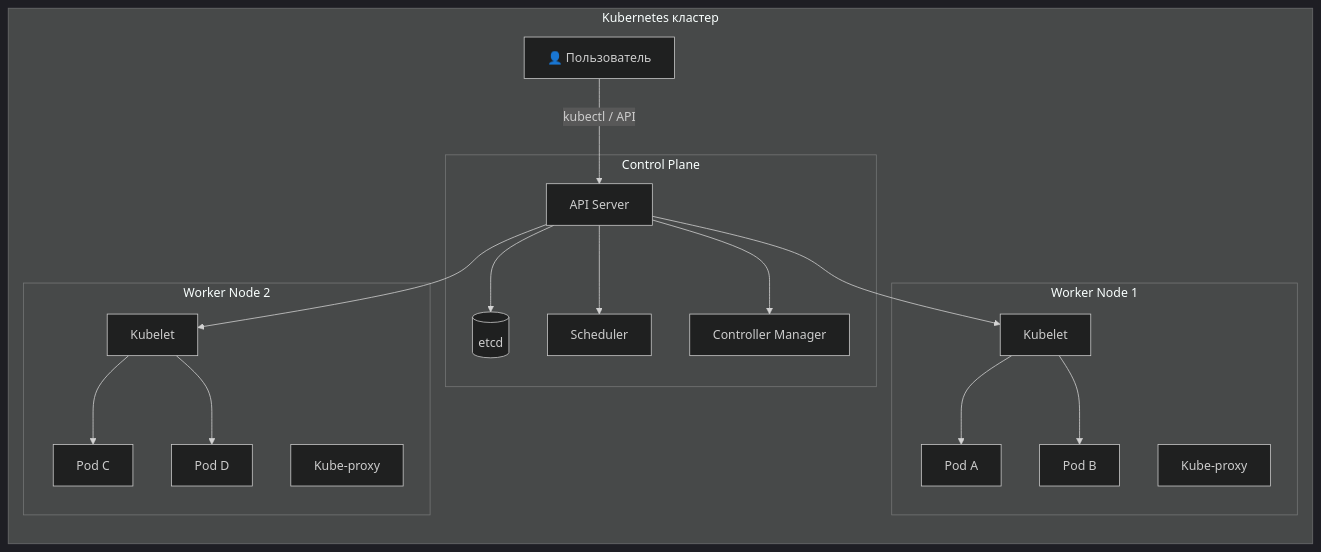
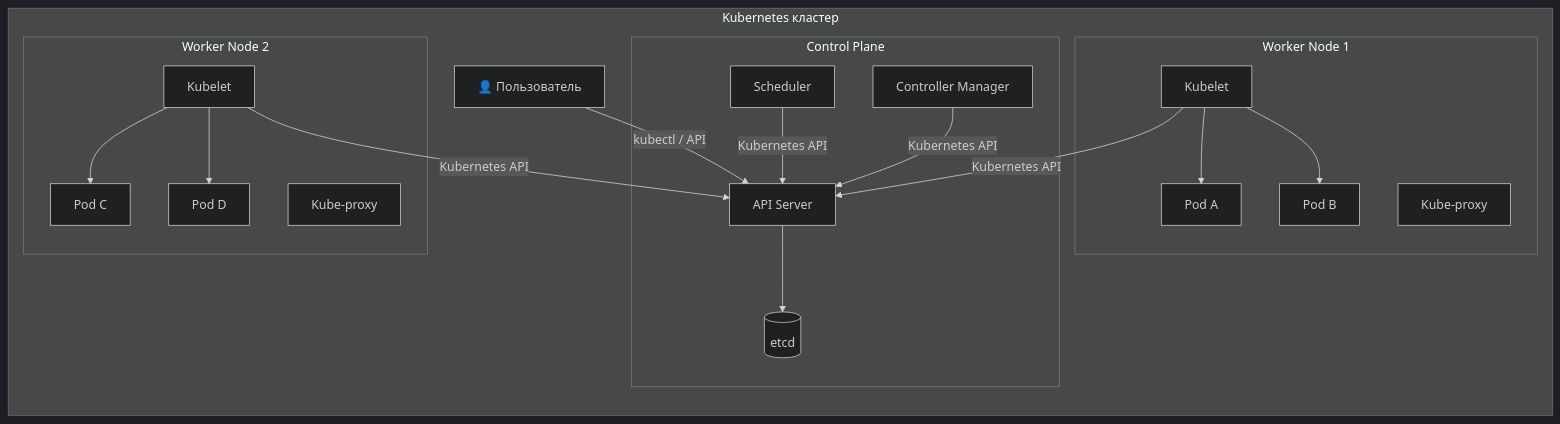
The first of 10 diagrams in cheatsheets/interview/devops/kubernetes-interview.md (akeverus/cheat-sheet), drawn with Mermaid (dark theme) before and after one commit. The commit also changed other lines of this file and 154 other files, not shown here.

````diff
--- a/cheatsheets/interview/devops/kubernetes-interview.md
+++ b/cheatsheets/interview/devops/kubernetes-interview.md
@@ -138,28 +138,28 @@
 ```mermaid
 graph TB
     subgraph "Kubernetes кластер"
         direction TB
         User[👤 Пользователь] -->|kubectl / API| API[API Server]
 
         subgraph CP["Control Plane"]
             API --> ETCD[(etcd)]
-            API --> SCHED[Scheduler]
-            API --> CM[Controller Manager]
+            SCHED[Scheduler] -->|Kubernetes API| API
+            CM[Controller Manager] -->|Kubernetes API| API
         end
 
         subgraph W1["Worker Node 1"]
             KL1[Kubelet] --> P1[Pod A]
             KL1 --> P2[Pod B]
             KP1[Kube-proxy]
         end
 
         subgraph W2["Worker Node 2"]
             KL2[Kubelet] --> P3[Pod C]
             KL2 --> P4[Pod D]
             KP2[Kube-proxy]
         end
 
-        API --> KL1
-        API --> KL2
+        KL1 -->|Kubernetes API| API
+        KL2 -->|Kubernetes API| API
     end
 ```
````
